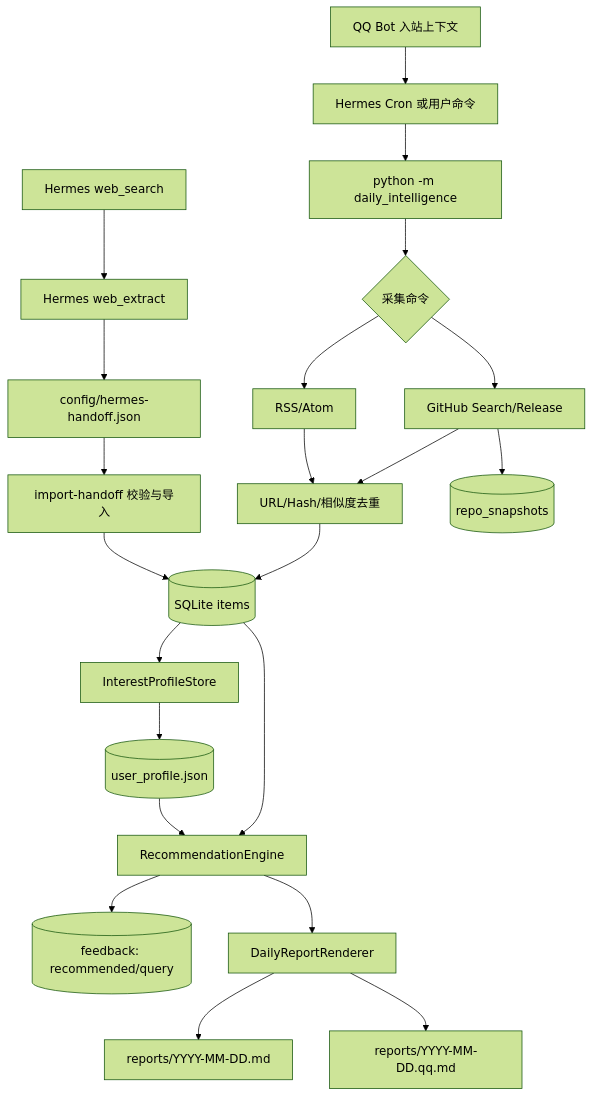
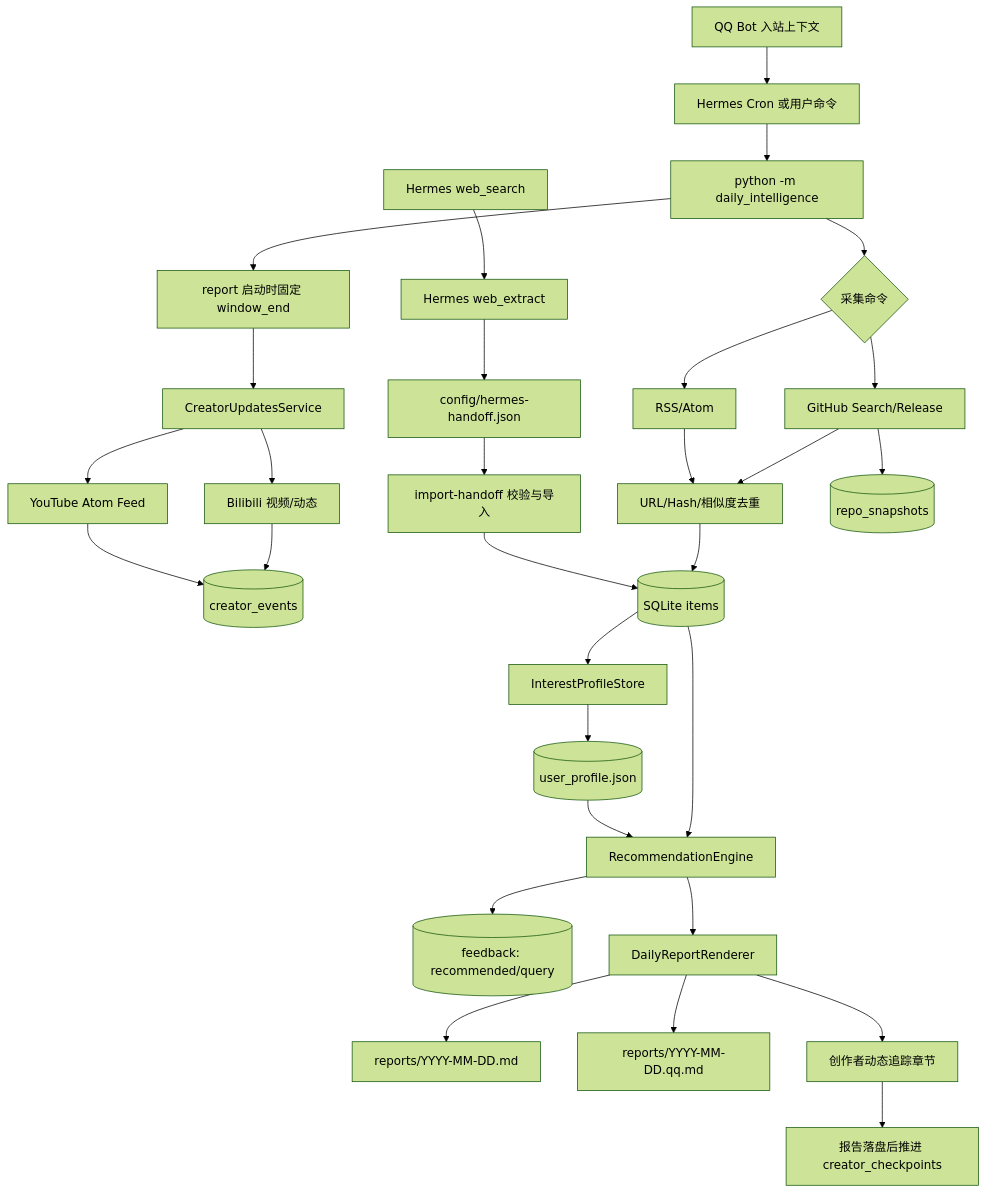
One commit to xie480/DailyIntelligence changed the diagram in docs/architecture.md. Above: the diagram before and after it, drawn with Mermaid (forest theme). The commit also changed other lines of this file and 7 other files, not shown here.

```diff
--- a/docs/architecture.md
+++ b/docs/architecture.md
@@ -24,24 +27,32 @@
 ~~~~mermaid
 flowchart TD
     A[Hermes Cron 或用户命令] --> B[python -m daily_intelligence]
     B --> C{采集命令}
     C --> D[GitHub Search/Release]
     C --> E[RSS/Atom]
+    B --> U[report 启动时固定 window_end]
+    U --> V[CreatorUpdatesService]
+    V --> W[Bilibili 视频/动态]
+    V --> X[YouTube Atom Feed]
+    W --> Y[(creator_events)]
+    X --> Y
     D --> F[URL/Hash/相似度去重]
     E --> F
     O[Hermes web_search] --> Q[Hermes web_extract]
     Q --> R[config/hermes-handoff.json]
     R --> S[import-handoff 校验与导入]
     F --> G[(SQLite items)]
     S --> G
     D --> H[(repo_snapshots)]
     G --> I[InterestProfileStore]
     I --> J[(user_profile.json)]
     G --> K[RecommendationEngine]
     J --> K
     K --> L[(feedback: recommended/query)]
     K --> M[DailyReportRenderer]
     M --> N[reports/YYYY-MM-DD.md]
     M --> T[reports/YYYY-MM-DD.qq.md]
+    M --> Z[创作者动态追踪章节]
+    Z --> AA[报告落盘后推进 creator_checkpoints]
     P[QQ Bot 入站上下文] --> A
 ~~~~
```
